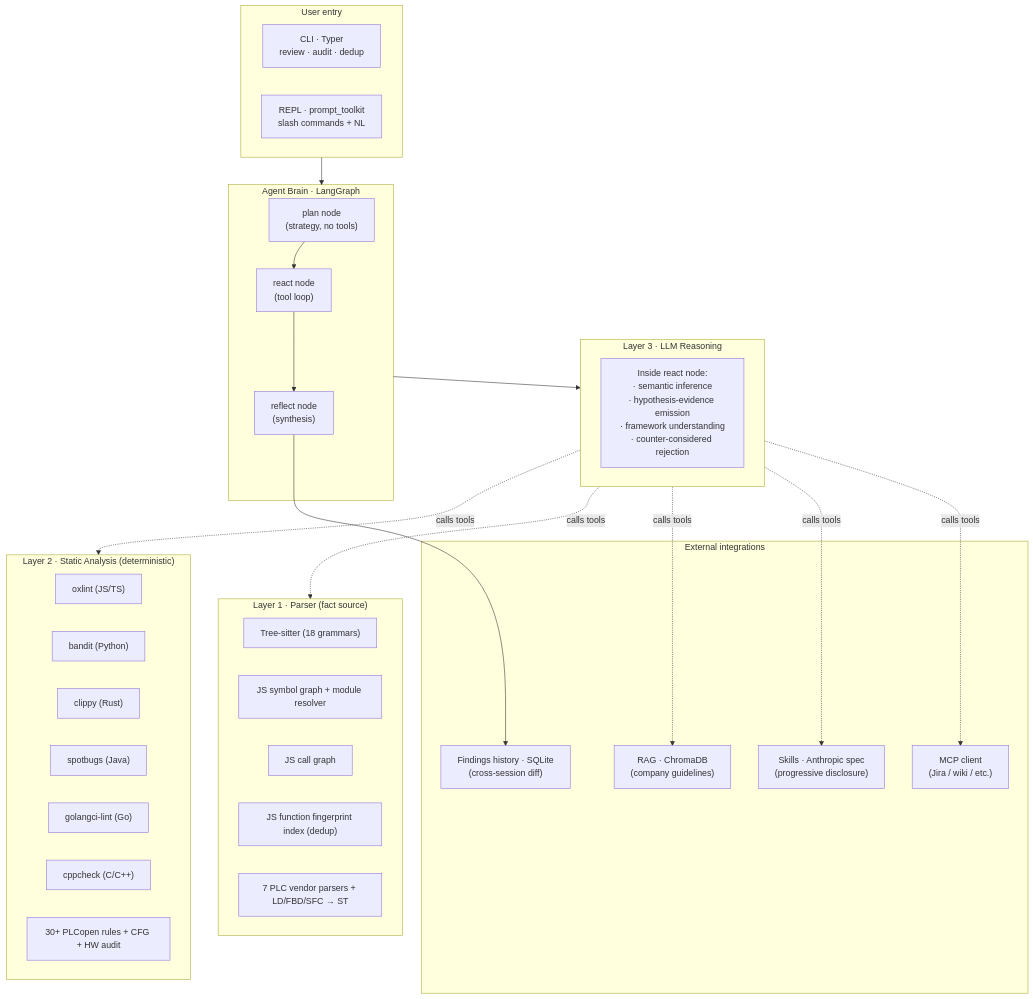
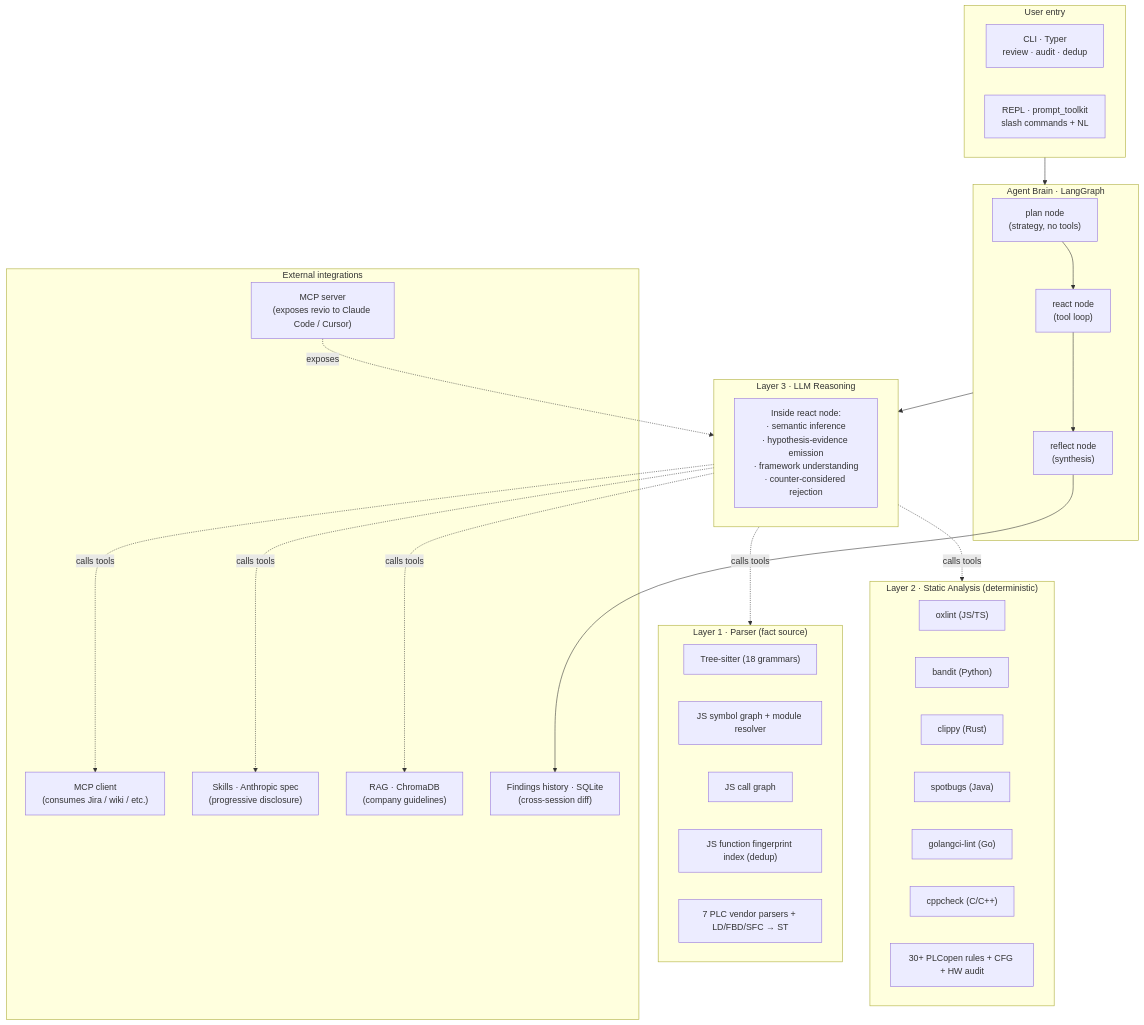
The first of 13 diagrams in docs/ARCHITECTURE.md (witold-andelie/revio), drawn with Mermaid before and after one commit. The commit also changed other lines of this file and 1 other file, not shown here.

First line of the commit message:
docs: cover MCP both directions (client + server)

````diff
--- a/docs/ARCHITECTURE.md
+++ b/docs/ARCHITECTURE.md
@@ -27,52 +27,54 @@
 ```mermaid
 flowchart TB
     subgraph User["User entry"]
         CLI["CLI · Typer<br/>review · audit · dedup"]
         REPL["REPL · prompt_toolkit<br/>slash commands + NL"]
     end
 
     subgraph Brain["Agent Brain · LangGraph"]
         plan["plan node<br/>(strategy, no tools)"]
         react["react node<br/>(tool loop)"]
         reflect["reflect node<br/>(synthesis)"]
         plan --> react --> reflect
     end
 
     subgraph L3["Layer 3 · LLM Reasoning"]
         L3desc["Inside react node:<br/>· semantic inference<br/>· hypothesis-evidence emission<br/>· framework understanding<br/>· counter-considered rejection"]
     end
 
     subgraph L2["Layer 2 · Static Analysis (deterministic)"]
         L2js["oxlint (JS/TS)"]
         L2py["bandit (Python)"]
         L2rs["clippy (Rust)"]
         L2java["spotbugs (Java)"]
         L2go["golangci-lint (Go)"]
         L2cpp["cppcheck (C/C++)"]
         L2plc["30+ PLCopen rules + CFG + HW audit"]
     end
 
     subgraph L1["Layer 1 · Parser (fact source)"]
         L1ts["Tree-sitter (18 grammars)"]
         L1sg["JS symbol graph + module resolver"]
         L1cg["JS call graph"]
         L1fi["JS function fingerprint index (dedup)"]
         L1plc["7 PLC vendor parsers + LD/FBD/SFC → ST"]
     end
 
     subgraph Ext["External integrations"]
         RAG["RAG · ChromaDB<br/>(company guidelines)"]
         SKILLS["Skills · Anthropic spec<br/>(progressive disclosure)"]
-        MCP["MCP client<br/>(Jira / wiki / etc.)"]
+        MCPC["MCP client<br/>(consumes Jira / wiki / etc.)"]
+        MCPS["MCP server<br/>(exposes revio to Claude Code / Cursor)"]
         HIST["Findings history · SQLite<br/>(cross-session diff)"]
     end
 
     User --> Brain
     Brain --> L3
     L3 -.calls tools.-> L2
     L3 -.calls tools.-> L1
     L3 -.calls tools.-> RAG
     L3 -.calls tools.-> SKILLS
-    L3 -.calls tools.-> MCP
+    L3 -.calls tools.-> MCPC
+    MCPS -.exposes.-> L3
     reflect --> HIST
 ```
````
